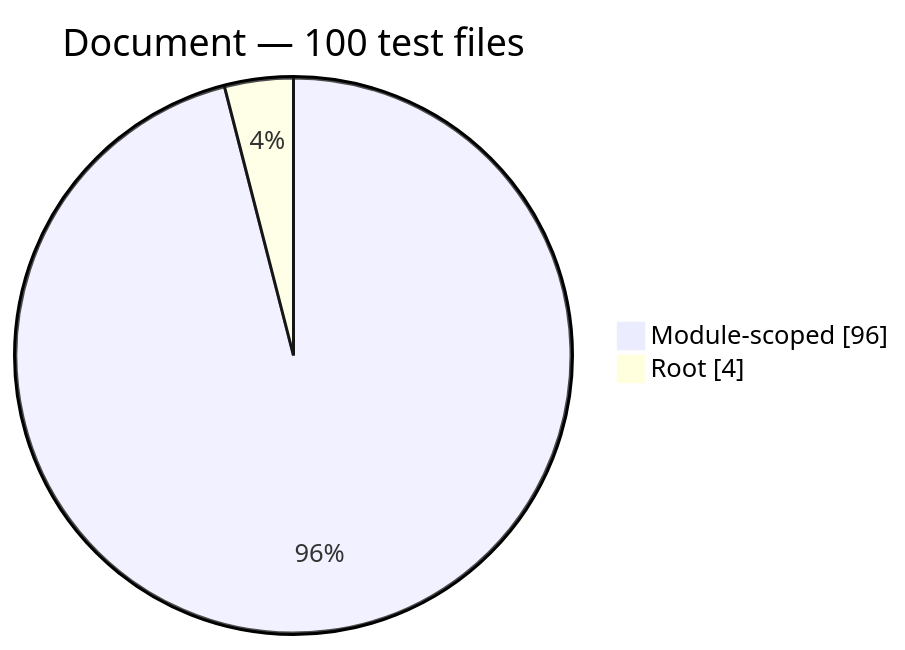
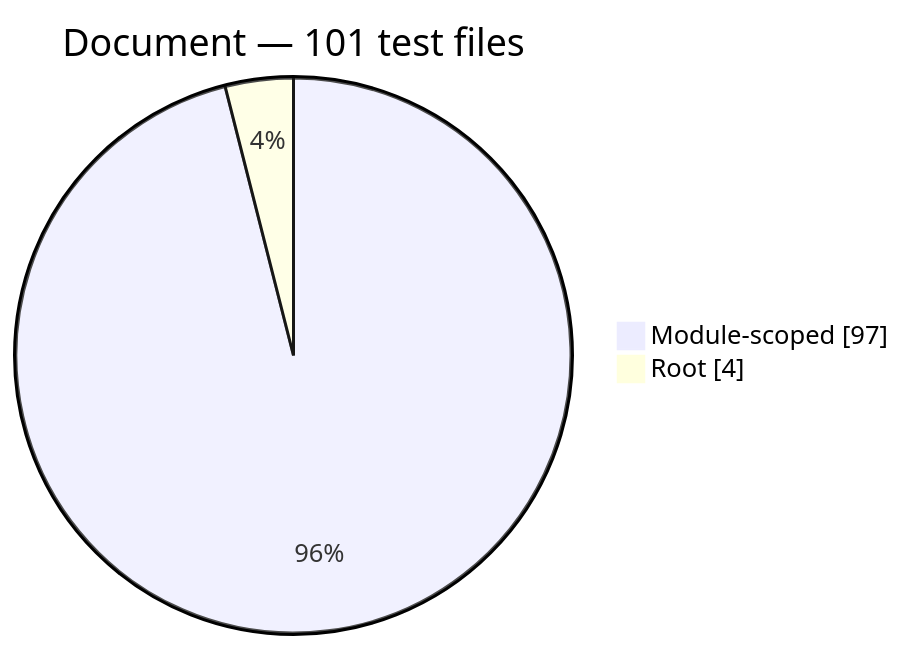
One commit to PHP-Arazzo/php-arazzo changed the fourth of 13 diagrams in docs/generated/test-composition.md. Above: the diagram before and after it, drawn with Mermaid. The commit also changed other lines of this file and 25 other files, not shown here.

````diff
--- a/docs/generated/test-composition.md
+++ b/docs/generated/test-composition.md
@@ -62,6 +62,6 @@
 ```mermaid
 pie showData
-    title Document — 100 test files
-    "Module-scoped": 96
+    title Document — 101 test files
+    "Module-scoped": 97
     "Root": 4
 ```
````
